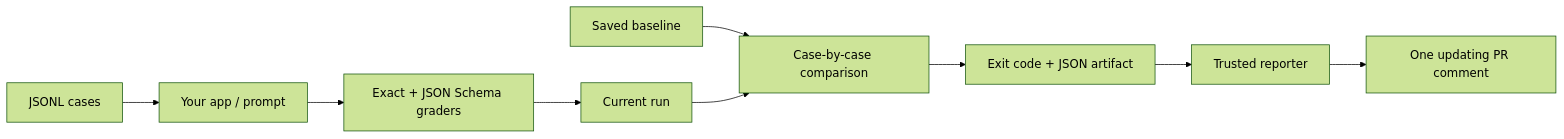
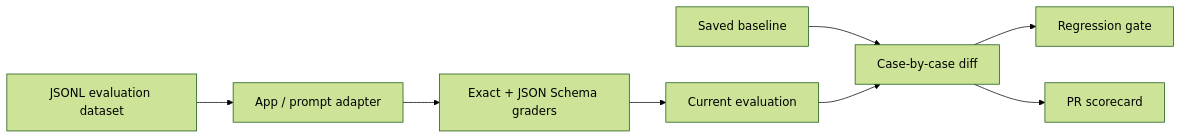
One commit to ArttuAn/evaldiff changed the diagram in README.md. Above: the diagram before and after it, drawn with Mermaid (forest theme). The commit also changed other lines of this file and 13 other files, not shown here.

Commit message:
Rename to EvalDiff and center branding on dataset-driven evaluation

````diff
--- a/README.md
+++ b/README.md
@@ -187,11 +31,10 @@
 ```mermaid
 flowchart LR
-    A[JSONL cases] --> B[Your app / prompt]
+    A[JSONL evaluation dataset] --> B[App / prompt adapter]
     B --> C[Exact + JSON Schema graders]
-    C --> D[Current run]
-    E[Saved baseline] --> F[Case-by-case comparison]
+    C --> D[Current evaluation]
+    E[Saved baseline] --> F[Case-by-case diff]
     D --> F
-    F --> G[Exit code + JSON artifact]
-    G --> H[Trusted reporter]
-    H --> I[One updating PR comment]
+    F --> G[Regression gate]
+    F --> H[PR scorecard]
 ```
````
